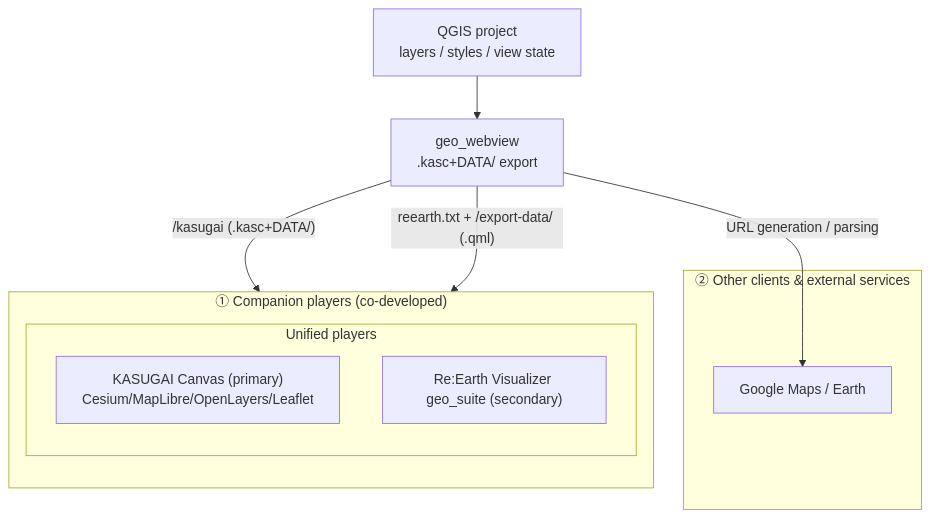
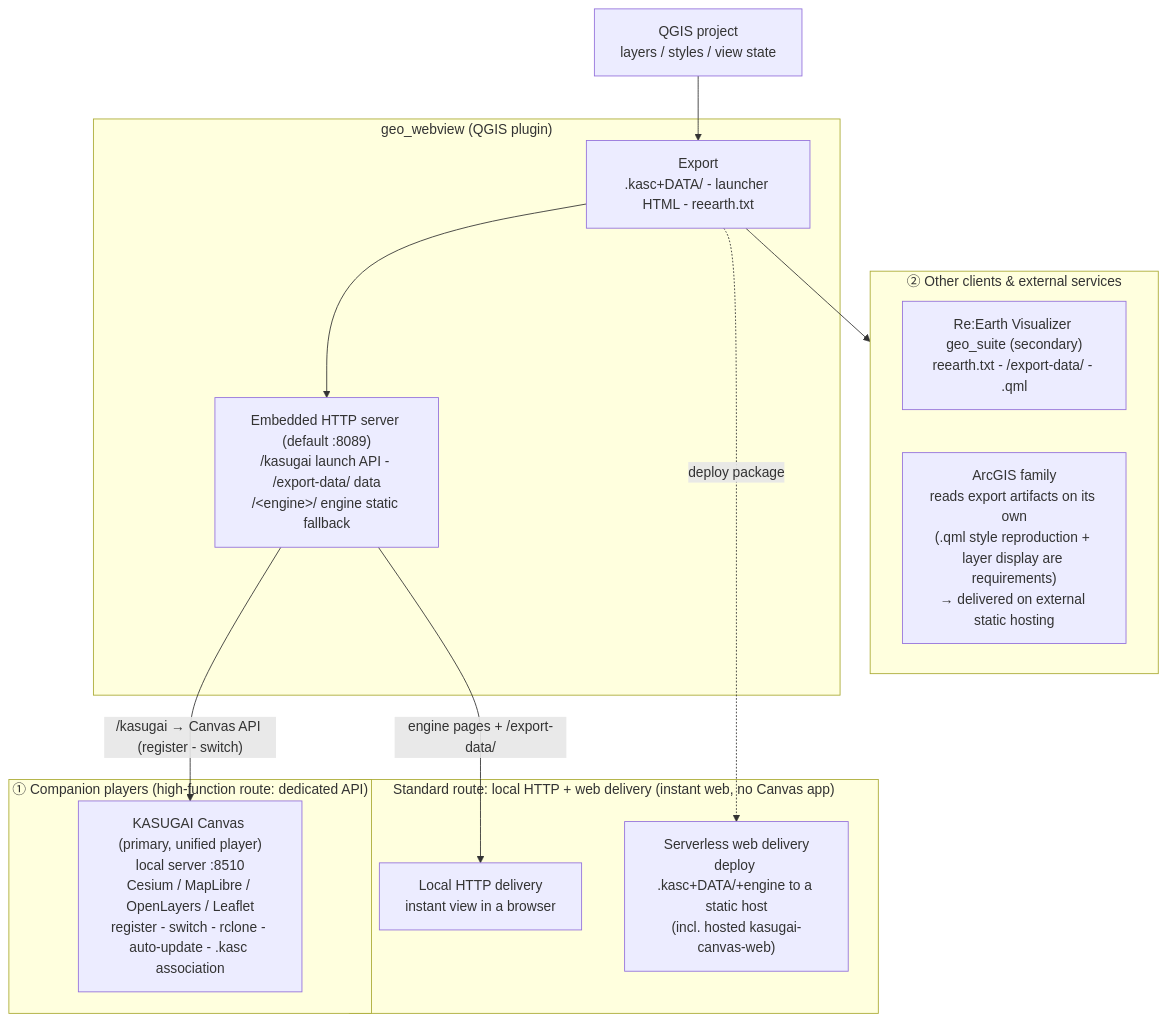
One commit to yamamoto-ryuzo/qgis_live_harness changed the diagram in qgis-plugin/geo_webview/README.md. Above: the diagram before and after it, drawn with Mermaid. The commit also changed other lines of this file and 32 other files, not shown here.

First line of the commit message:
geo_webview: Google Maps/Earth連携撤去・連携方針をINTEGRATION(_JP).mdへ集約(3.30.27)

````diff
--- a/qgis-plugin/geo_webview/README.md
+++ b/qgis-plugin/geo_webview/README.md
@@ -109,22 +147,30 @@
 ```mermaid
 flowchart TB
     QGIS["QGIS project<br>layers / styles / view state"]
-    GW["geo_webview<br>.kasc+DATA/ export"]
+
+    subgraph GWBOX["geo_webview (QGIS plugin)"]
+        GW["Export<br>.kasc+DATA/ - launcher HTML - reearth.txt"]
+        SRV["Embedded HTTP server (default :8089)<br>/kasugai launch API - /export-data/ data<br>/&lt;engine&gt;/ engine static fallback"]
+    end
+
+    subgraph G1["① Companion players (high-function route: dedicated API)"]
+        KC["KASUGAI Canvas (primary, unified player)<br>local server :8510<br>Cesium / MapLibre / OpenLayers / Leaflet<br>register - switch - rclone - auto-update - .kasc association"]
+    end
+
+    subgraph NORM["Standard route: local HTTP + web delivery (instant web, no Canvas app)"]
+        BR["Local HTTP delivery<br>instant view in a browser"]
+        HOST["Serverless web delivery<br>deploy .kasc+DATA/+engine to a static host<br>(incl. hosted kasugai-canvas-web)"]
+    end
 
     subgraph G2["② Other clients & external services"]
-        GM["Google Maps / Earth"]
-    end
-
-    subgraph G1["① Companion players (co-developed)"]
-        direction TB
-        subgraph G1_UNI["Unified players"]
-            KC["KASUGAI Canvas (primary)<br>Cesium/MapLibre/OpenLayers/Leaflet"]
-            RE["Re:Earth Visualizer geo_suite (secondary)"]
-        end
+        RE["Re:Earth Visualizer geo_suite (secondary)<br>reearth.txt - /export-data/ - .qml"]
+        AG["ArcGIS family<br>reads export artifacts on its own<br>(.qml style reproduction + layer display are requirements)<br>→ delivered on external static hosting"]
     end
 
     QGIS --> GW
-    GW -->|"URL generation / parsing"| GM
-    GW -->|"/kasugai (.kasc+DATA/)"| KC
-    GW -->|"reearth.txt + /export-data/ (.qml)"| RE
+    GW --> SRV
+    SRV -->|"/kasugai → Canvas API (register - switch)"| KC
+    SRV -->|"engine pages + /export-data/"| BR
+    GW -.->|"deploy package"| HOST
+    GW --> G2
 ```
````
